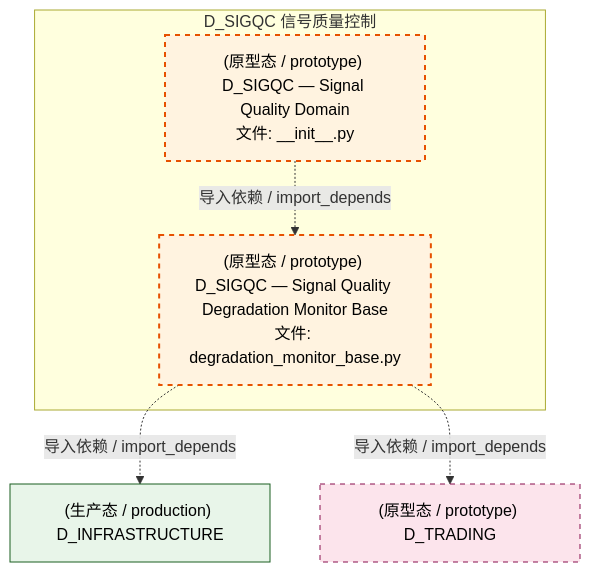
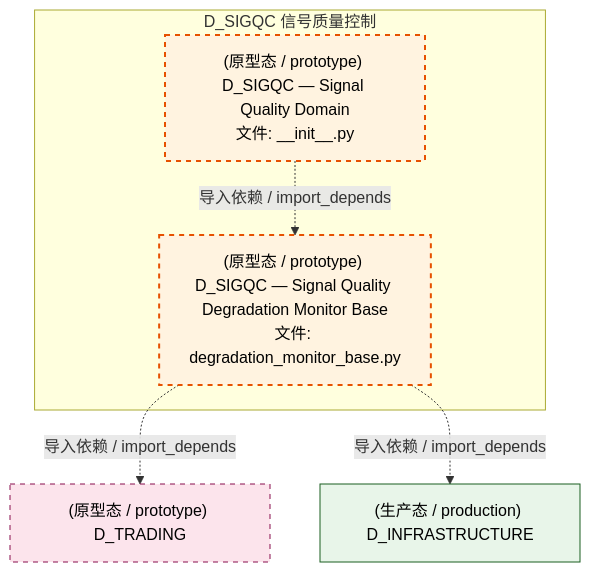
The first of 3 diagrams in docs/02_enterprise_architecture/02_domain_architecture_docs/56_d_sigqc.md (xuanFelixVan/ZephyrAlpha), drawn with Mermaid before and after one commit. The commit also changed other lines of this file and 102 other files, not shown here.

````diff
--- a/docs/02_enterprise_architecture/02_domain_architecture_docs/56_d_sigqc.md
+++ b/docs/02_enterprise_architecture/02_domain_architecture_docs/56_d_sigqc.md
@@ -64,19 +64,19 @@
 ```mermaid
 graph TD
     subgraph D_SIGQC["D_SIGQC 信号质量控制"]
         src_zephyr_signal_quality_init_py["(原型态 / prototype) D_SIGQC — Signal Quality Domain<br/>文件: __init__.py"]
         src_zephyr_signal_quality_degradation_monitor_base_py["(原型态 / prototype) D_SIGQC — Signal Quality Degradation Monitor Base<br/>文件: degradation_monitor_base.py"]
     end
     src_zephyr_signal_quality_init_py -.->|导入依赖 / import_depends| src_zephyr_signal_quality_degradation_monitor_base_py
+    D_TRADING["(原型态 / prototype) D_TRADING"]
+    src_zephyr_signal_quality_degradation_monitor_base_py -.->|导入依赖 / import_depends| D_TRADING
     D_INFRASTRUCTURE["(生产态 / production) D_INFRASTRUCTURE"]
     src_zephyr_signal_quality_degradation_monitor_base_py -.->|导入依赖 / import_depends| D_INFRASTRUCTURE
-    D_TRADING["(原型态 / prototype) D_TRADING"]
-    src_zephyr_signal_quality_degradation_monitor_base_py -.->|导入依赖 / import_depends| D_TRADING
     classDef production fill:#e1f5fe,stroke:#01579b,stroke-width:2px,color:#000
     classDef design fill:#fff3e0,stroke:#e65100,stroke-width:2px,color:#000,stroke-dasharray: 5 5
     classDef external_prod fill:#e8f5e9,stroke:#1b5e20,stroke-width:1px,color:#000
     classDef external_design fill:#fce4ec,stroke:#880e4f,stroke-width:1px,color:#000,stroke-dasharray: 5 5
     class src_zephyr_signal_quality_init_py,src_zephyr_signal_quality_degradation_monitor_base_py design
     class D_INFRASTRUCTURE external_prod
     class D_TRADING external_design
 ```
````
